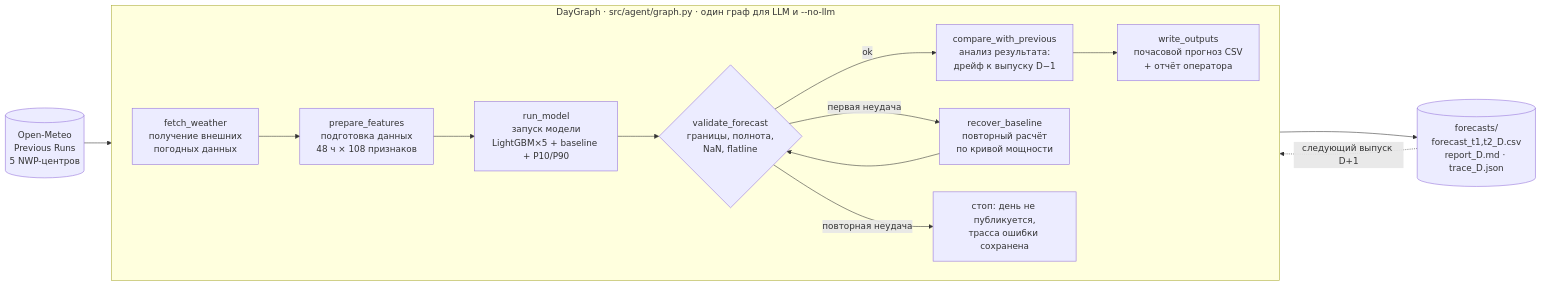
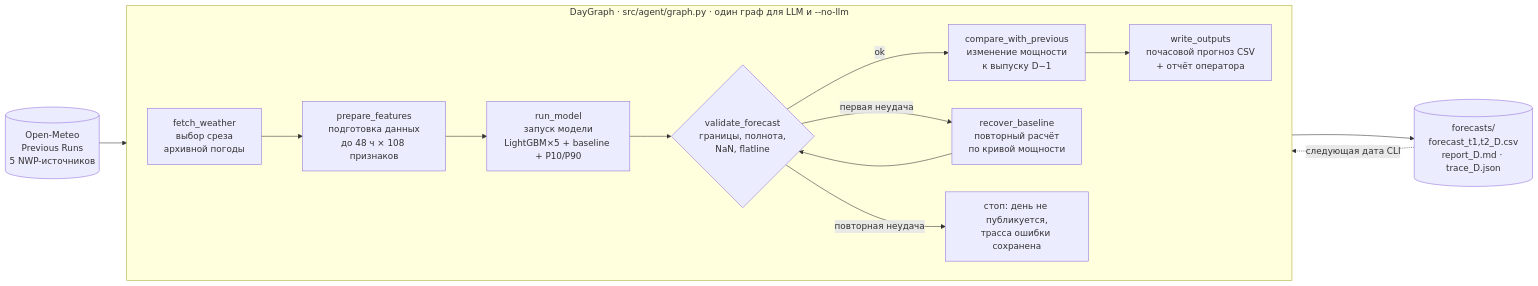
The first of 2 diagrams in README.md (BAITC-Hacks/hack-f0ab74e4-knewit-3), drawn with Mermaid before and after one commit. The commit also changed other lines of this file and 19 other files, not shown here.

````diff
--- a/README.md
+++ b/README.md
@@ -271,17 +281,17 @@
 ```mermaid
 flowchart LR
-    W[("Open-Meteo<br/>Previous Runs<br/>5 NWP-центров")] --> A
+    W[("Open-Meteo<br/>Previous Runs<br/>5 NWP-источников")] --> A
     subgraph DayGraph["DayGraph · src/agent/graph.py · один граф для LLM и --no-llm"]
         direction LR
-        A["fetch_weather<br/>получение внешних<br/>погодных данных"] --> B["prepare_features<br/>подготовка данных<br/>48 ч × 108 признаков"]
+        A["fetch_weather<br/>выбор среза<br/>архивной погоды"] --> B["prepare_features<br/>подготовка данных<br/>до 48 ч × 108 признаков"]
         B --> C["run_model<br/>запуск модели<br/>LightGBM×5 + baseline + P10/P90"]
         C --> D{"validate_forecast<br/>границы, полнота,<br/>NaN, flatline"}
-        D -->|ok| E["compare_with_previous<br/>анализ результата:<br/>дрейф к выпуску D−1"]
+        D -->|ok| E["compare_with_previous<br/>изменение мощности<br/>к выпуску D−1"]
         D -->|первая неудача| R["recover_baseline<br/>повторный расчёт<br/>по кривой мощности"]
         R --> D
         D -->|повторная неудача| X["стоп: день не публикуется,<br/>трасса ошибки сохранена"]
         E --> F["write_outputs<br/>почасовой прогноз CSV<br/>+ отчёт оператора"]
     end
     F --> O[("forecasts/<br/>forecast_t1,t2_D.csv<br/>report_D.md · trace_D.json")]
-    O -.->|следующий выпуск D+1| A
+    O -.->|следующая дата CLI| A
 ```
````
